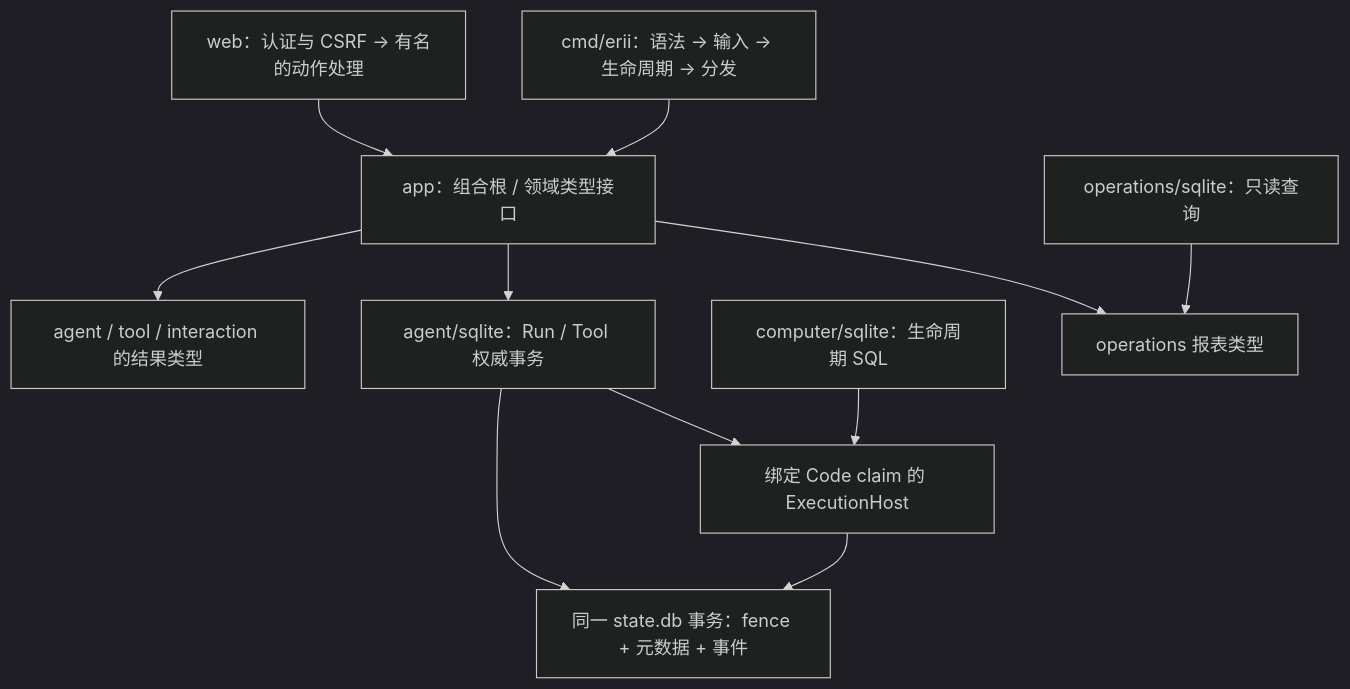
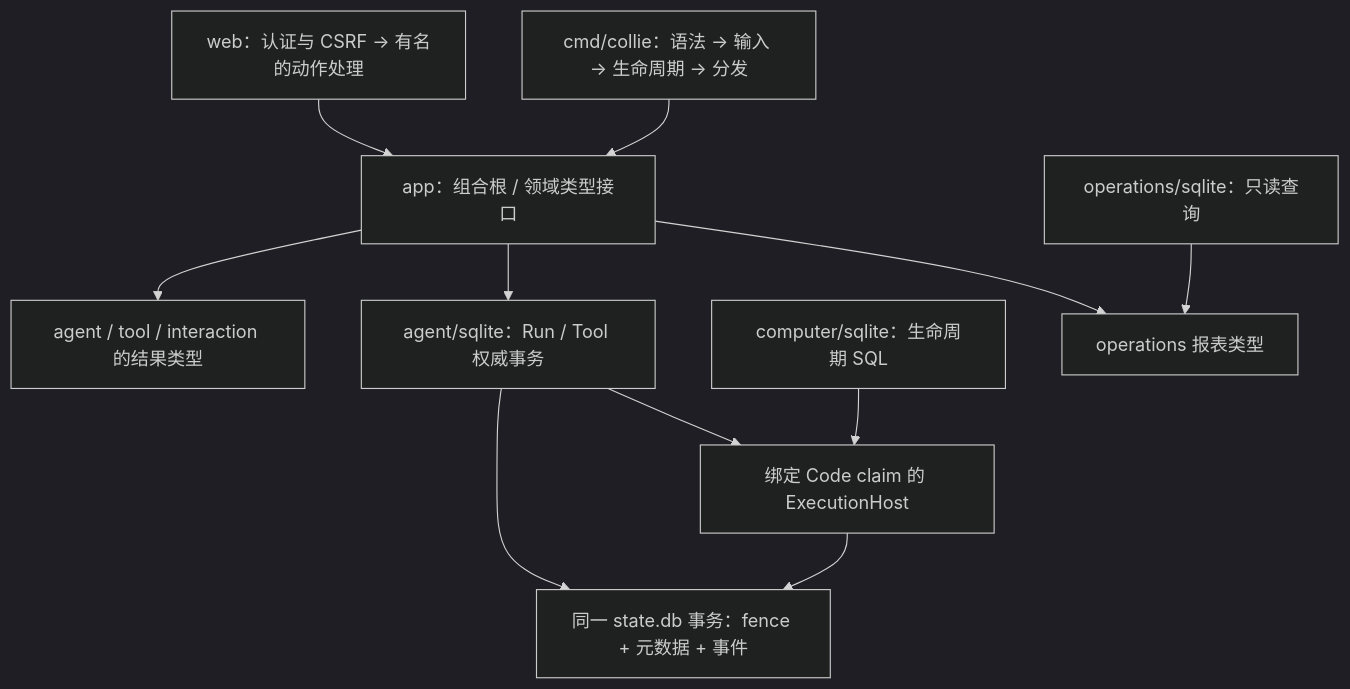
One commit to z-chenhao/assistant changed the third of 3 diagrams in docs/designs/engineering.md. Above: the diagram before and after it, drawn with Mermaid (dark theme). The commit also changed other lines of this file and 484 other files, not shown here.

````diff
--- a/docs/designs/engineering.md
+++ b/docs/designs/engineering.md
@@ -61,13 +61,13 @@
 ```mermaid
 flowchart TD
-    CLI["cmd/erii：语法 → 输入 → 生命周期 → 分发"] --> APP["app：组合根 / 领域类型接口"]
+    CLI["cmd/collie：语法 → 输入 → 生命周期 → 分发"] --> APP["app：组合根 / 领域类型接口"]
     WEB["web：认证与 CSRF → 有名的动作处理"] --> APP
     APP --> OPS["operations 报表类型"]
     OPSQ["operations/sqlite：只读查询"] --> OPS
     APP --> RUN["agent/sqlite：Run / Tool 权威事务"]
     RUN --> HOST["绑定 Code claim 的 ExecutionHost"]
     COMP["computer/sqlite：生命周期 SQL"] --> HOST
     HOST --> TX["同一 state.db 事务：fence + 元数据 + 事件"]
     RUN --> TX
     APP --> DOMAIN["agent / tool / interaction 的结果类型"]
 ```
````
